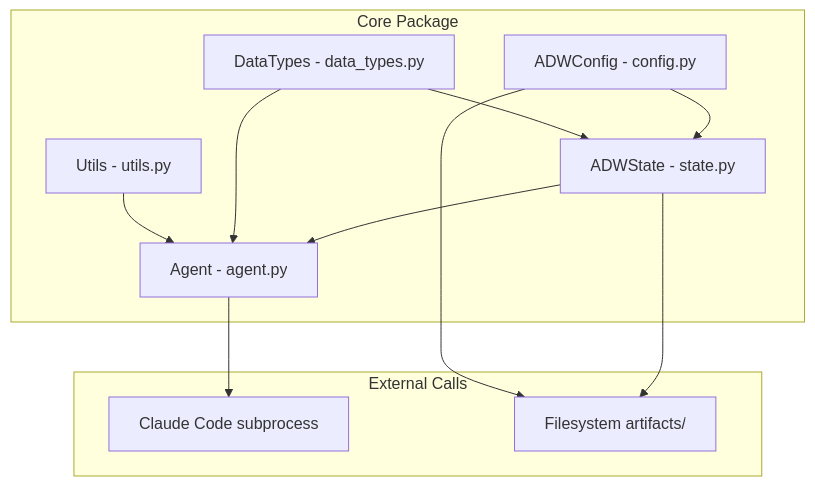
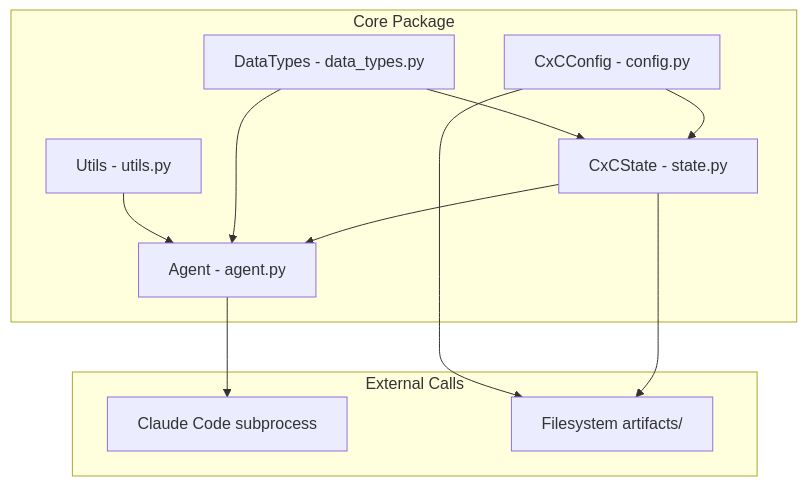
The third of 5 diagrams in docs/C4_ARCHITECTURE.md (alexfosterinvisible/Cortex-Code), drawn with Mermaid before and after one commit. The commit also changed other lines of this file and 228 other files, not shown here.

````diff
--- a/docs/C4_ARCHITECTURE.md
+++ b/docs/C4_ARCHITECTURE.md
@@ -225,25 +225,25 @@
 ```mermaid
 flowchart TB
     subgraph Core[Core Package]
-        Config[ADWConfig - config.py]
-        State[ADWState - state.py]
+        Config[CxCConfig - config.py]
+        State[CxCState - state.py]
         Agent[Agent - agent.py]
         Types[DataTypes - data_types.py]
         Utils[Utils - utils.py]
 
         Config --> State
         State --> Agent
         Types --> State
         Types --> Agent
         Utils --> Agent
     end
 
     subgraph External[External Calls]
         ClaudeCLI[Claude Code subprocess]
         FileSystem[Filesystem artifacts/]
     end
 
     Agent --> ClaudeCLI
     State --> FileSystem
     Config --> FileSystem
 ```
````
